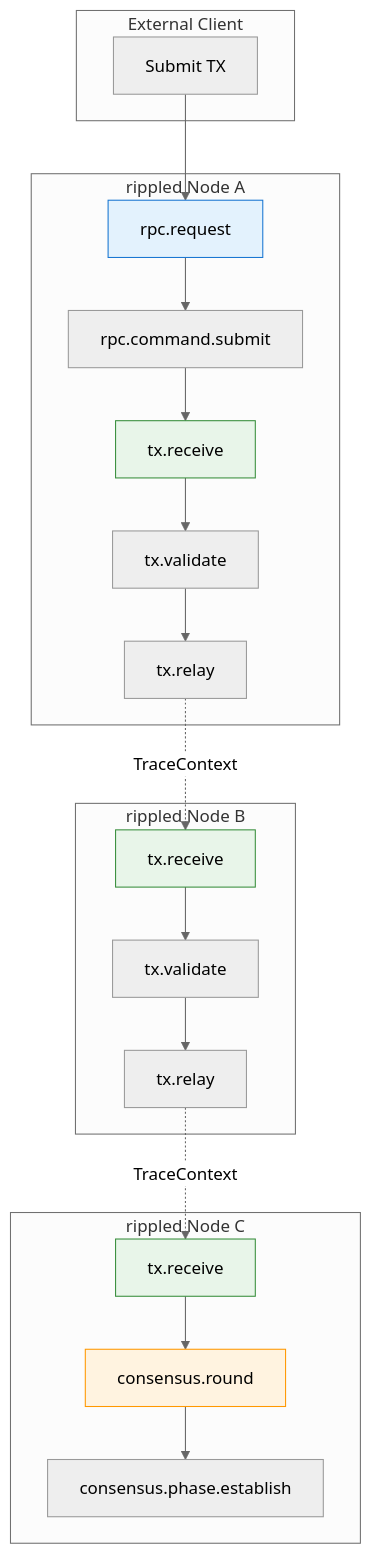
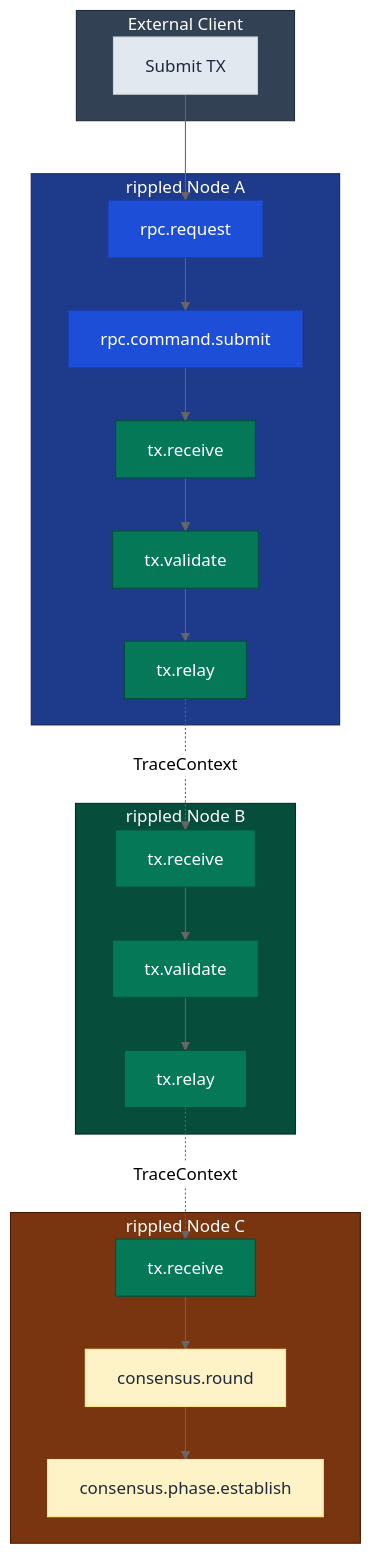
Before and after one commit to XRPL-Node/rippled: the diagram in OpenTelemetryPlan/04-code-samples.md, drawn with Mermaid (neutral theme). The commit also changed other lines of this file and 8 other files, not shown here.

````diff
--- a/OpenTelemetryPlan/04-code-samples.md
+++ b/OpenTelemetryPlan/04-code-samples.md
@@ -920,44 +922,55 @@
 ```mermaid
 flowchart TB
     subgraph Client["External Client"]
         submit["Submit TX"]
     end
 
     subgraph NodeA["rippled Node A"]
         rpcA["rpc.request"]
         cmdA["rpc.command.submit"]
         txRecvA["tx.receive"]
         txValA["tx.validate"]
         txRelayA["tx.relay"]
     end
 
     subgraph NodeB["rippled Node B"]
         txRecvB["tx.receive"]
         txValB["tx.validate"]
         txRelayB["tx.relay"]
     end
 
     subgraph NodeC["rippled Node C"]
         txRecvC["tx.receive"]
         consensusC["consensus.round"]
         phaseC["consensus.phase.establish"]
     end
 
     submit --> rpcA
     rpcA --> cmdA
     cmdA --> txRecvA
     txRecvA --> txValA
     txValA --> txRelayA
     txRelayA -.->|"TraceContext"| txRecvB
     txRecvB --> txValB
     txValB --> txRelayB
     txRelayB -.->|"TraceContext"| txRecvC
     txRecvC --> consensusC
     consensusC --> phaseC
 
-    style rpcA fill:#e3f2fd,stroke:#1976d2
-    style txRecvA fill:#e8f5e9,stroke:#388e3c
-    style txRecvB fill:#e8f5e9,stroke:#388e3c
-    style txRecvC fill:#e8f5e9,stroke:#388e3c
-    style consensusC fill:#fff3e0,stroke:#ff9800
+    style Client fill:#334155,stroke:#1e293b,color:#fff
+    style NodeA fill:#1e3a8a,stroke:#172554,color:#fff
+    style NodeB fill:#064e3b,stroke:#022c22,color:#fff
+    style NodeC fill:#78350f,stroke:#451a03,color:#fff
+    style submit fill:#e2e8f0,stroke:#cbd5e1,color:#1e293b
+    style rpcA fill:#1d4ed8,stroke:#1e40af,color:#fff
+    style cmdA fill:#1d4ed8,stroke:#1e40af,color:#fff
+    style txRecvA fill:#047857,stroke:#064e3b,color:#fff
+    style txValA fill:#047857,stroke:#064e3b,color:#fff
+    style txRelayA fill:#047857,stroke:#064e3b,color:#fff
+    style txRecvB fill:#047857,stroke:#064e3b,color:#fff
+    style txValB fill:#047857,stroke:#064e3b,color:#fff
+    style txRelayB fill:#047857,stroke:#064e3b,color:#fff
+    style txRecvC fill:#047857,stroke:#064e3b,color:#fff
+    style consensusC fill:#fef3c7,stroke:#fde68a,color:#1e293b
+    style phaseC fill:#fef3c7,stroke:#fde68a,color:#1e293b
 ```
````
